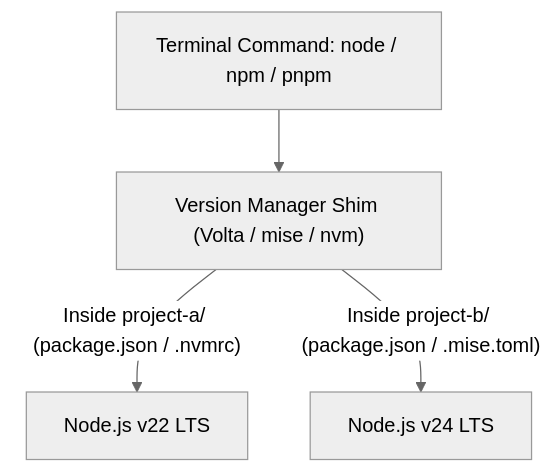
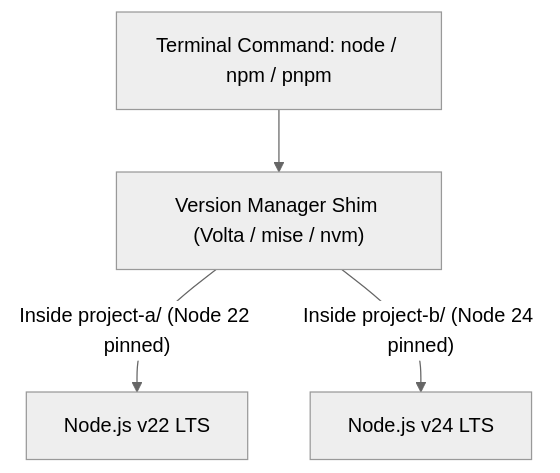
One commit to amitsk/typescript-development-env changed the second of 2 diagrams in 02-node-environments.md. Above: the diagram before and after it, drawn with Mermaid (neutral theme). The commit also changed other lines of this file and 18 other files, not shown here.

````diff
--- a/02-node-environments.md
+++ b/02-node-environments.md
@@ -87,6 +39,6 @@
 ```mermaid
 flowchart TD
     Shell["Terminal Command: node / npm / pnpm"] --> Shim["Version Manager Shim (Volta / mise / nvm)"]
-    Shim -- "Inside project-a/ (package.json / .nvmrc)" --> Node22["Node.js v22 LTS"]
-    Shim -- "Inside project-b/ (package.json / .mise.toml)" --> Node24["Node.js v24 LTS"]
+    Shim -- "Inside project-a/ (Node 22 pinned)" --> Node22["Node.js v22 LTS"]
+    Shim -- "Inside project-b/ (Node 24 pinned)" --> Node24["Node.js v24 LTS"]
 ```
````
